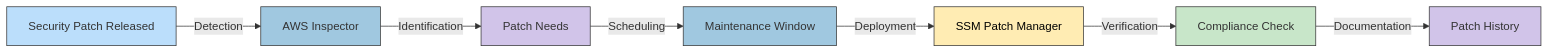
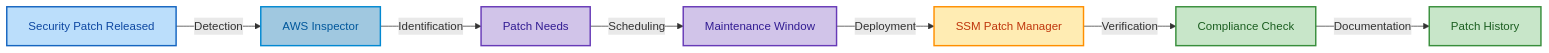
Before and after one commit to Hack23/cia: the tenth of 12 diagrams in SECURITY_ARCHITECTURE.md, drawn with Mermaid. The commit also changed other lines of this file, not shown here.

````diff
--- a/SECURITY_ARCHITECTURE.md
+++ b/SECURITY_ARCHITECTURE.md
@@ -720,17 +769,23 @@
 ```mermaid
 graph LR
+    %% Node styling classes
+    classDef triggerNode fill:#bbdefb,stroke:#1565c0,stroke-width:2px,color:#0d47a1
+    classDef detectNode fill:#a0c8e0,stroke:#0288d1,stroke-width:2px,color:#01579b
+    classDef planNode fill:#d1c4e9,stroke:#673ab7,stroke-width:2px,color:#311b92
+    classDef implementNode fill:#ffecb3,stroke:#ff8f00,stroke-width:2px,color:#bf360c
+    classDef verifyNode fill:#c8e6c9,stroke:#388e3c,stroke-width:2px,color:#1b5e20
+    
     A[Security Patch Released] -->|Detection| B[AWS Inspector]
     B -->|Identification| C[Patch Needs]
     C -->|Scheduling| D[Maintenance Window]
     D -->|Deployment| E[SSM Patch Manager]
     E -->|Verification| F[Compliance Check]
     F -->|Documentation| G[Patch History]
     
-    style A fill:#bbdefb,stroke:#333,stroke-width:1px
-    style B fill:#a0c8e0,stroke:#333,stroke-width:1px
-    style C fill:#d1c4e9,stroke:#333,stroke-width:1px
-    style D fill:#a0c8e0,stroke:#333,stroke-width:1px
-    style E fill:#ffecb3,stroke:#333,stroke-width:1px,color:black
-    style F fill:#c8e6c9,stroke:#333,stroke-width:1px
-    style G fill:#d1c4e9,stroke:#333,stroke-width:1px
+    %% Apply styling classes
+    class A triggerNode
+    class B detectNode
+    class C,D planNode
+    class E implementNode
+    class F,G verifyNode
 ```
````
